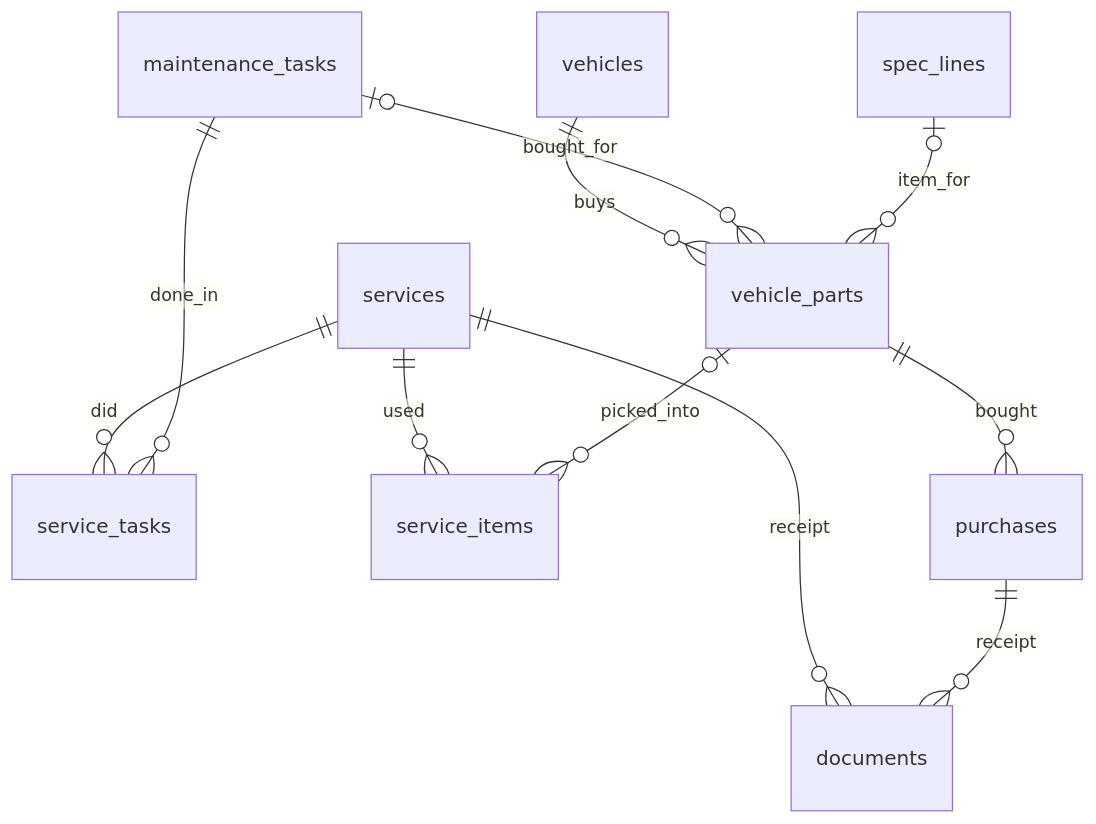
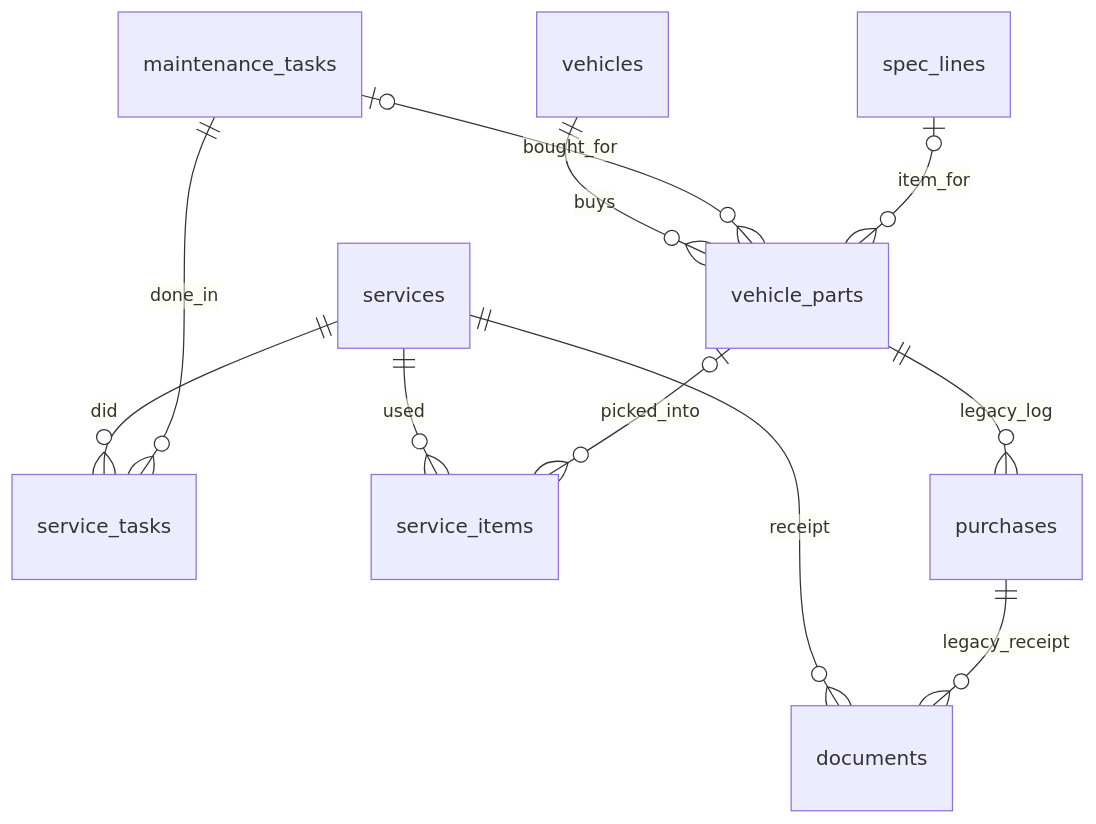
Before and after one commit to tmy-code/tmy_garage: the third of 3 diagrams in docs/data-model.md, drawn with Mermaid. The commit also changed other lines of this file and 44 other files, not shown here.

First line of the commit message:
Move the shopping list and purchase log to Notion; show bought state from Notion (#36)

````diff
--- a/docs/data-model.md
+++ b/docs/data-model.md
@@ -181,13 +181,13 @@
 ```mermaid
 erDiagram
   services ||--o{ service_tasks : did
   maintenance_tasks ||--o{ service_tasks : done_in
   services ||--o{ service_items : used
   vehicles ||--o{ vehicle_parts : buys
   vehicle_parts |o--o{ service_items : picked_into
   maintenance_tasks |o--o{ vehicle_parts : bought_for
-  vehicle_parts ||--o{ purchases : bought
+  vehicle_parts ||--o{ purchases : legacy_log
   spec_lines |o--o{ vehicle_parts : item_for
   services ||--o{ documents : receipt
-  purchases ||--o{ documents : receipt
+  purchases ||--o{ documents : legacy_receipt
 ```
````
